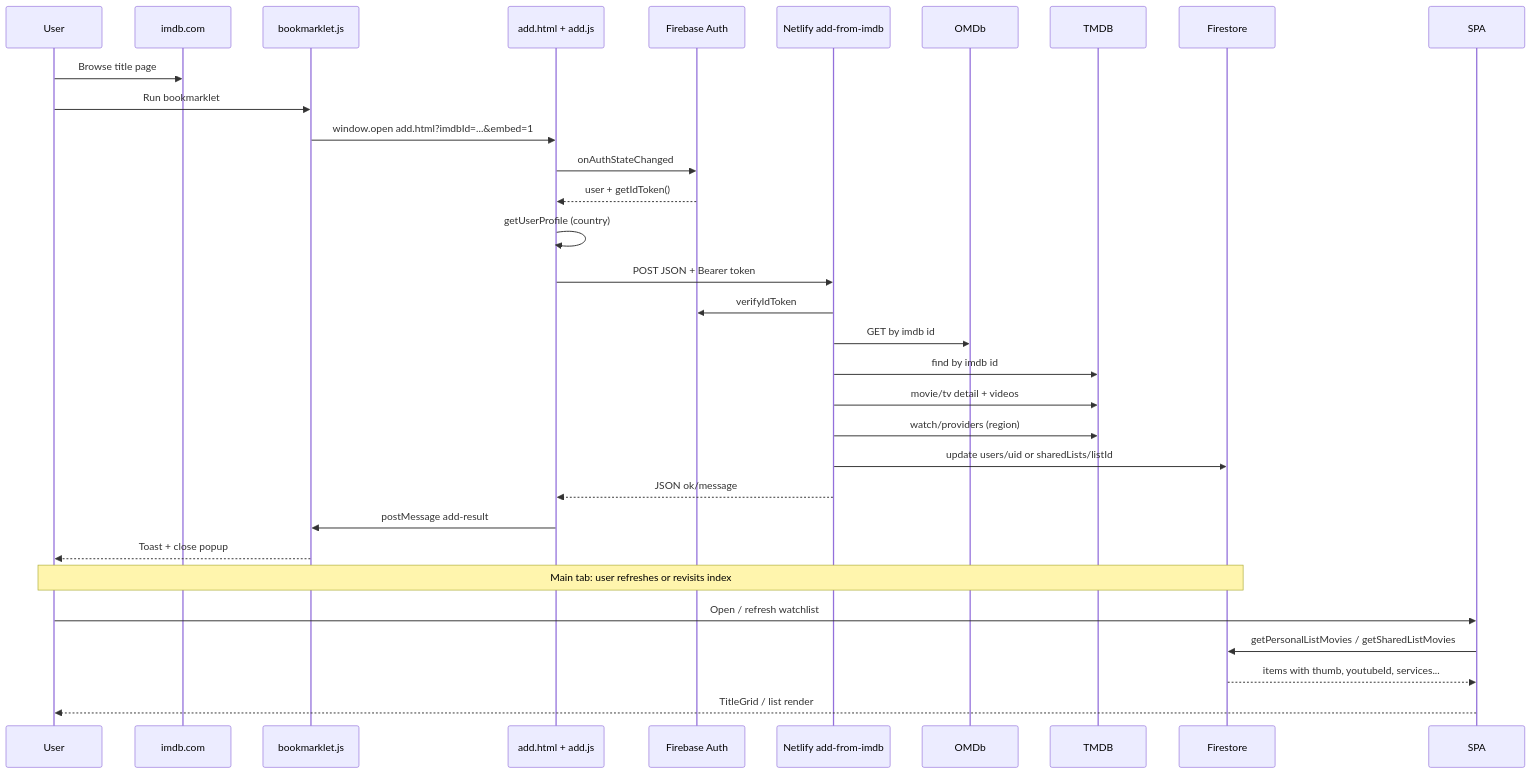
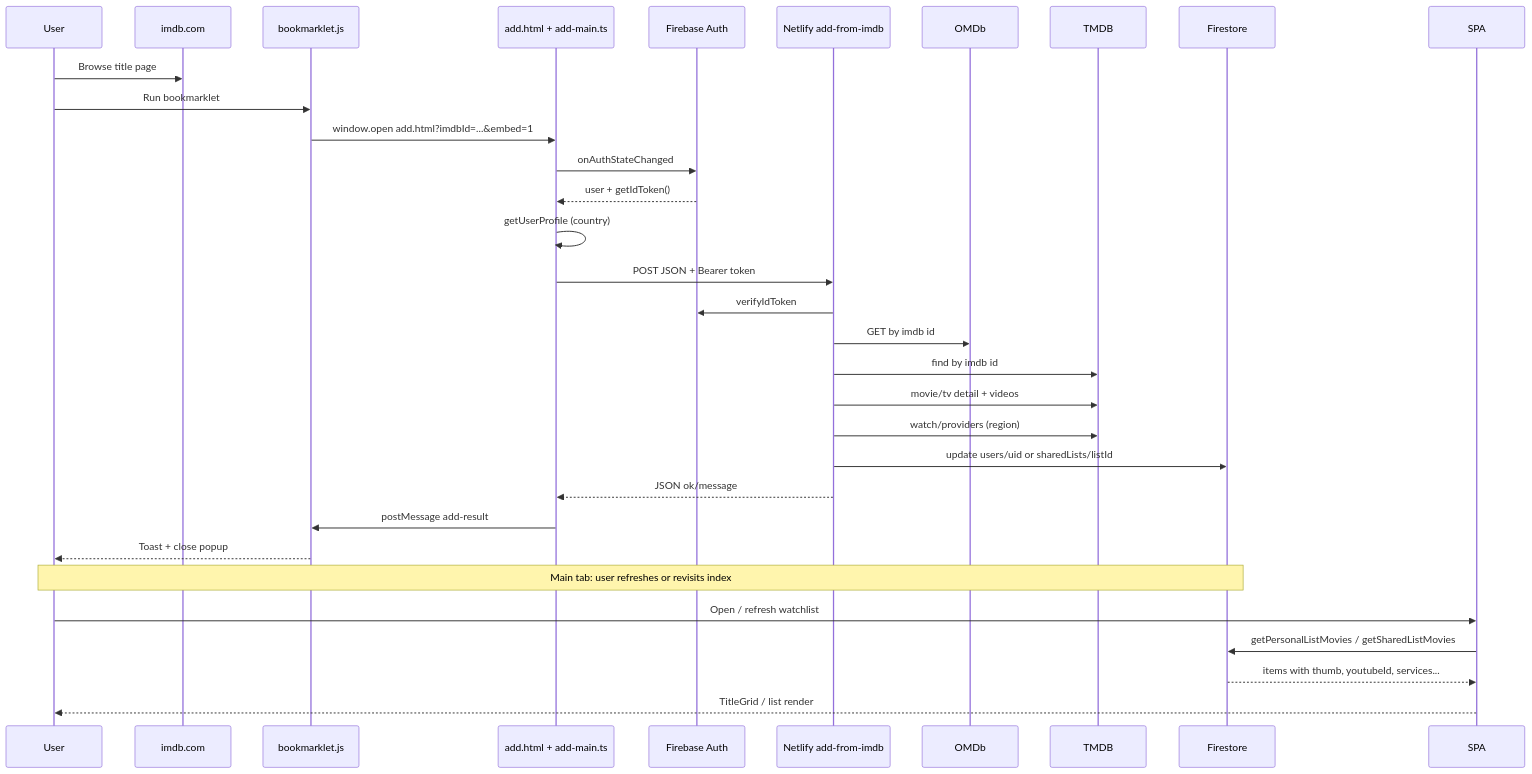
One commit to maulbogat/watchlist-app changed the second of 5 diagrams in system-design.md. Above: the diagram before and after it, drawn with Mermaid. The commit also changed other lines of this file and 19 other files, not shown here.

````diff
--- a/system-design.md
+++ b/system-design.md
@@ -361,35 +363,35 @@
 ```mermaid
 sequenceDiagram
   participant User
   participant IMDb as imdb.com
   participant BM as bookmarklet.js
-  participant Popup as add.html + add.js
+  participant Popup as add.html + add-main.ts
   participant Auth as Firebase Auth
   participant NF as Netlify add-from-imdb
   participant OMDb
   participant TMDB
   participant FS as Firestore
 
   User->>IMDb: Browse title page
   User->>BM: Run bookmarklet
   BM->>Popup: window.open add.html?imdbId=...&embed=1
   Popup->>Auth: onAuthStateChanged
   Auth-->>Popup: user + getIdToken()
   Popup->>Popup: getUserProfile (country)
   Popup->>NF: POST JSON + Bearer token
   NF->>Auth: verifyIdToken
   NF->>OMDb: GET by imdb id
   NF->>TMDB: find by imdb id
   NF->>TMDB: movie/tv detail + videos
   NF->>TMDB: watch/providers (region)
   NF->>FS: update users/uid or sharedLists/listId
   NF-->>Popup: JSON ok/message
   Popup->>BM: postMessage add-result
   BM-->>User: Toast + close popup
 
   Note over User,FS: Main tab: user refreshes or revisits index
   User->>SPA: Open / refresh watchlist
   SPA->>FS: getPersonalListMovies / getSharedListMovies
   FS-->>SPA: items with thumb, youtubeId, services...
   SPA-->>User: TitleGrid / list render
 ```
````
